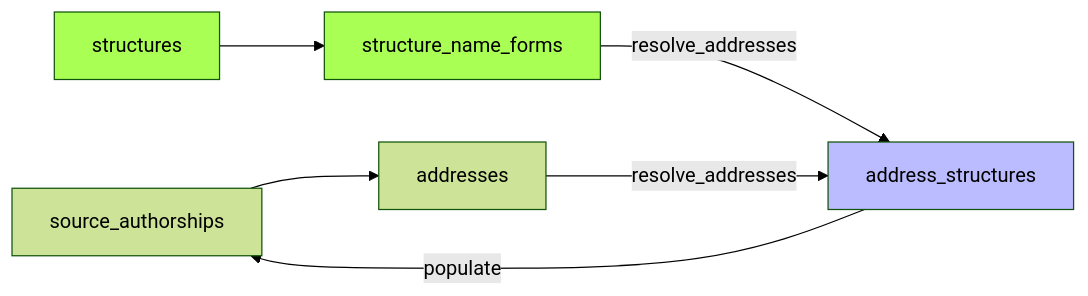
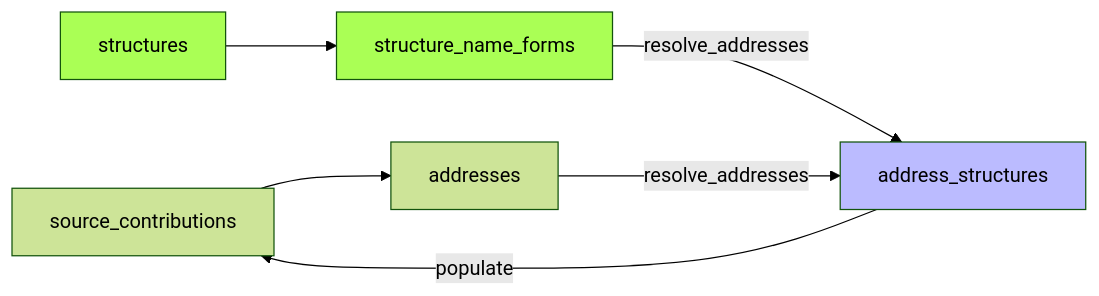
One commit to Y33sha/bibliometrie-uca changed the diagram in docs/pipeline/04-affiliations.md. Above: the diagram before and after it, drawn with Mermaid (forest theme). The commit also changed other lines of this file and 560 other files, not shown here.

````diff
--- a/docs/pipeline/04-affiliations.md
+++ b/docs/pipeline/04-affiliations.md
@@ -5,12 +5,12 @@
 ```mermaid
 flowchart LR
-    A[source_authorships]-->B[addresses]
+    A[source_contributions]-->B[addresses]
     D[structures]-->E[structure_name_forms]
     E-->|resolve_addresses|F[address_structures]
     B-->|resolve_addresses|F
     F-->|populate|A
     classDef new  fill:#bbf
     classDef valid  fill:#af5
     class F new;
     class D,E valid;
 ```
````
